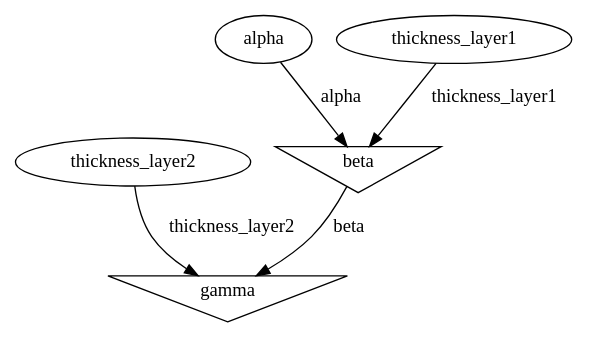
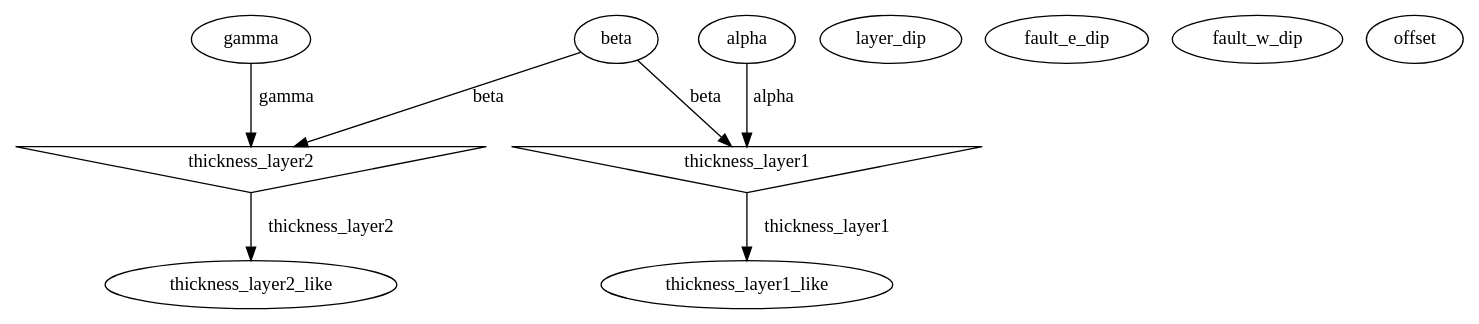
Before and after one commit to Leguark/Thesis: the diagram in Nice notebooks/container.dot, drawn with Graphviz. The commit also changed 314 other files, not shown here.

```diff
--- a/Nice notebooks/container.dot
+++ b/Nice notebooks/container.dot
@@ -1,11 +1,19 @@
 digraph G {
-beta [shape=invtriangle];
+thickness_layer2 [shape=invtriangle];
+beta;
+beta -> thickness_layer2  [label=beta];
+gamma;
+gamma -> thickness_layer2  [label=gamma];
+thickness_layer1_like;
+thickness_layer1 [shape=invtriangle];
+thickness_layer1 -> thickness_layer1_like  [label=thickness_layer1];
 alpha;
-alpha -> beta  [label=alpha];
-thickness_layer1;
-thickness_layer1 -> beta  [label=thickness_layer1];
-gamma [shape=invtriangle];
-beta -> gamma  [label=beta];
-thickness_layer2;
-thickness_layer2 -> gamma  [label=thickness_layer2];
+alpha -> thickness_layer1  [label=alpha];
+beta -> thickness_layer1  [label=beta];
+layer_dip;
+fault_e_dip;
+fault_w_dip;
+thickness_layer2_like;
+thickness_layer2 -> thickness_layer2_like  [label=thickness_layer2];
+offset;
 }
```
